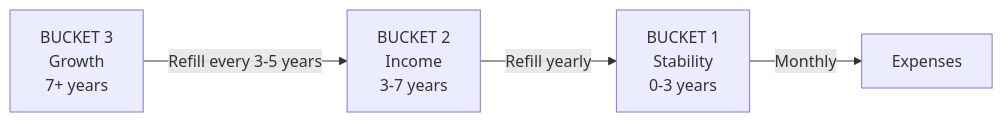
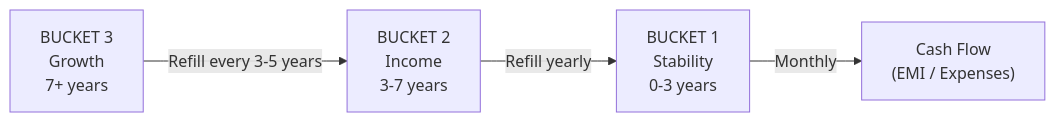
One commit to naren-m/literature-notes changed the first of 4 diagrams in finances/three_bucket_investment_strategy.md. Above: the diagram before and after it, drawn with Mermaid. The commit also changed other lines of this file, not shown here.

````diff
--- a/finances/three_bucket_investment_strategy.md
+++ b/finances/three_bucket_investment_strategy.md
@@ -25,6 +25,6 @@
 ```mermaid
 flowchart LR
     B3["BUCKET 3<br/>Growth<br/>7+ years"] -->|"Refill every 3-5 years"| B2["BUCKET 2<br/>Income<br/>3-7 years"]
     B2 -->|"Refill yearly"| B1["BUCKET 1<br/>Stability<br/>0-3 years"]
-    B1 -->|"Monthly"| OUT["Expenses"]
+    B1 -->|"Monthly"| OUT["Cash Flow<br/>(EMI / Expenses)"]
 ```
````
